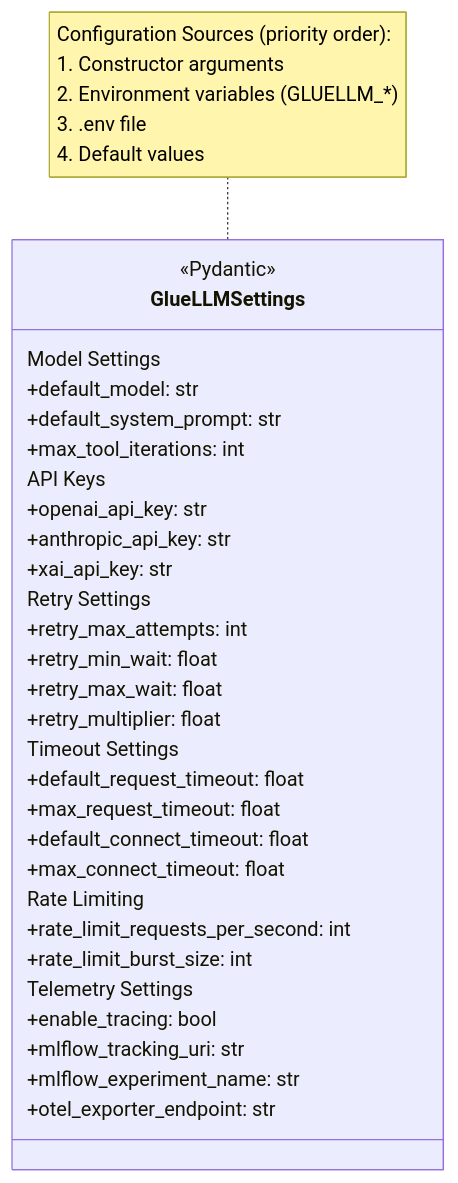
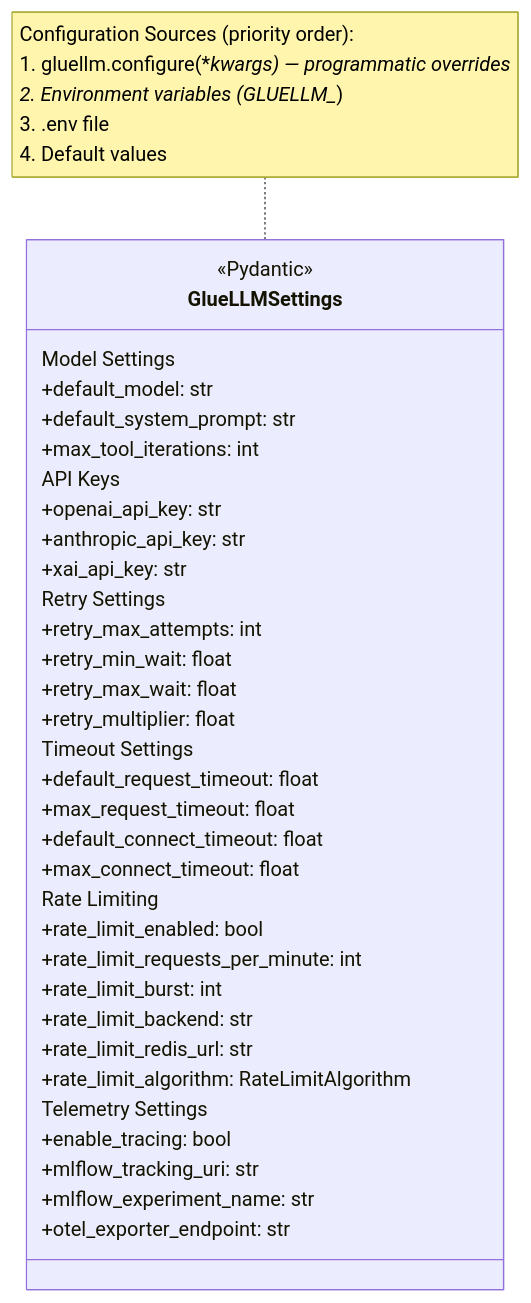
One commit to Bioto/glue-llm changed diagram 11 of 12 in docs/ARCHITECTURE.md. Above: the diagram before and after it, drawn with Mermaid. The commit also changed other lines of this file, not shown here.

First line of the commit message:
Enhance architecture documentation with programmatic configuration and rate limiting details

````diff
--- a/docs/ARCHITECTURE.md
+++ b/docs/ARCHITECTURE.md
@@ -363,44 +363,48 @@
 ```mermaid
 classDiagram
     class GlueLLMSettings {
         <<Pydantic>>
 
         Model Settings
         +default_model: str
         +default_system_prompt: str
         +max_tool_iterations: int
 
         API Keys
         +openai_api_key: str
         +anthropic_api_key: str
         +xai_api_key: str
 
         Retry Settings
         +retry_max_attempts: int
         +retry_min_wait: float
         +retry_max_wait: float
         +retry_multiplier: float
 
         Timeout Settings
         +default_request_timeout: float
         +max_request_timeout: float
         +default_connect_timeout: float
         +max_connect_timeout: float
 
         Rate Limiting
-        +rate_limit_requests_per_second: int
-        +rate_limit_burst_size: int
+        +rate_limit_enabled: bool
+        +rate_limit_requests_per_minute: int
+        +rate_limit_burst: int
+        +rate_limit_backend: str
+        +rate_limit_redis_url: str
+        +rate_limit_algorithm: RateLimitAlgorithm
 
         Telemetry Settings
         +enable_tracing: bool
         +mlflow_tracking_uri: str
         +mlflow_experiment_name: str
         +otel_exporter_endpoint: str
     }
 
     note for GlueLLMSettings "Configuration Sources (priority order):
-    1. Constructor arguments
+    1. gluellm.configure(**kwargs) — programmatic overrides
     2. Environment variables (GLUELLM_*)
     3. .env file
     4. Default values"
 ```
````
